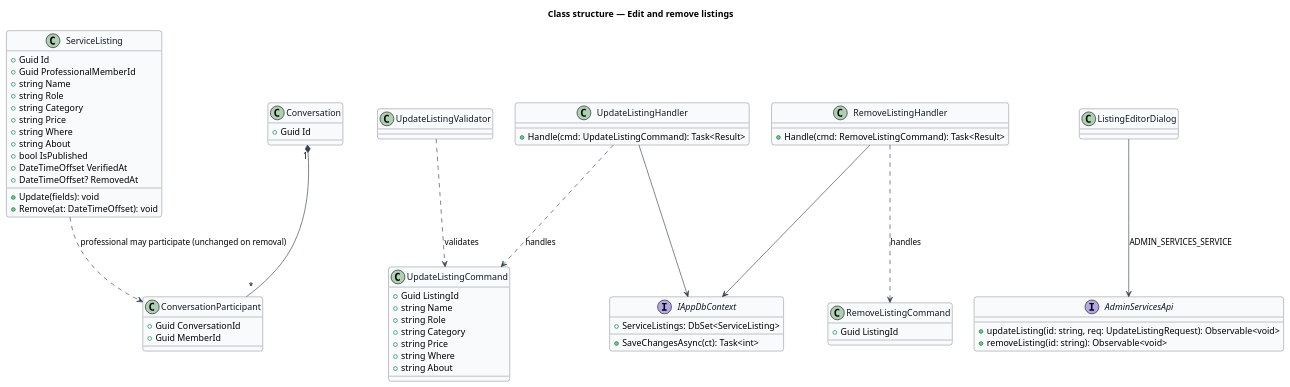
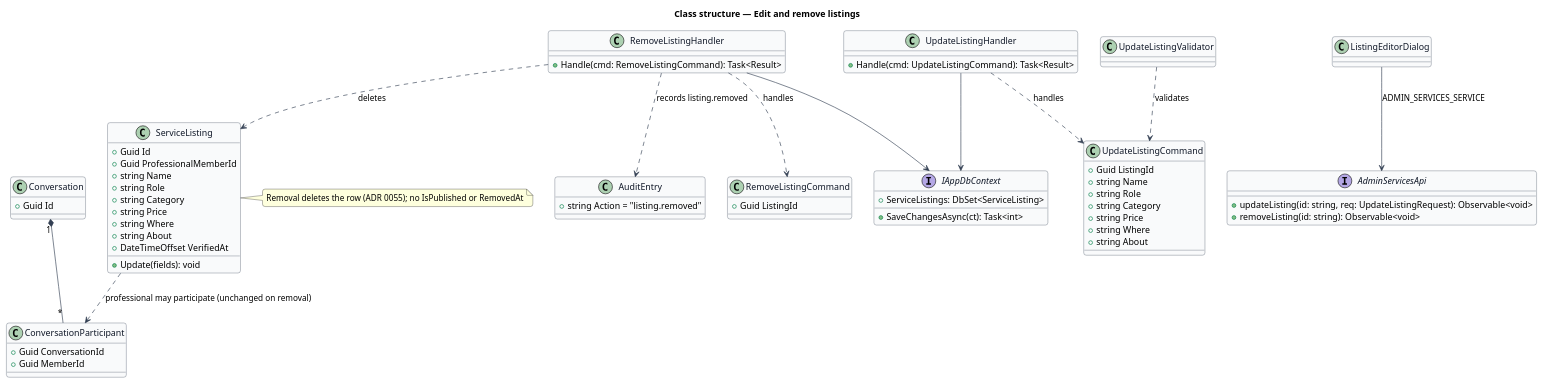
Before and after one commit to QuinntyneBrown/christian-fitness: the diagram in docs/detailed-designs/admin-services/edit-and-remove-listings/diagrams/class-structure.puml, drawn with PlantUML. The commit also changed 17 other files, not shown here.

First line of the commit message:
Follow-ups: re-render stale diagrams and fix offline flake

```diff
--- a/docs/detailed-designs/admin-services/edit-and-remove-listings/diagrams/class-structure.puml
+++ b/docs/detailed-designs/admin-services/edit-and-remove-listings/diagrams/class-structure.puml
@@ -1,72 +1,75 @@
 @startuml
 skinparam backgroundColor #FFFFFF
 skinparam shadowing false
 skinparam roundcorner 8
 skinparam defaultFontName Arial
 skinparam ArrowColor #344054
 skinparam class {
   BorderColor #344054
   FontColor #101828
   BackgroundColor #F9FAFB
 }
 title Class structure — Edit and remove listings
 
 class ServiceListing {
   +Guid Id
   +Guid ProfessionalMemberId
   +string Name
   +string Role
   +string Category
   +string Price
   +string Where
   +string About
-  +bool IsPublished
   +DateTimeOffset VerifiedAt
-  +DateTimeOffset? RemovedAt
   +Update(fields): void
-  +Remove(at: DateTimeOffset): void
+}
+note right of ServiceListing : Removal deletes the row (ADR 0055); no IsPublished or RemovedAt
+class AuditEntry {
+  +string Action = "listing.removed"
 }
 class Conversation {
   +Guid Id
 }
 class ConversationParticipant {
   +Guid ConversationId
   +Guid MemberId
 }
 class UpdateListingCommand {
   +Guid ListingId
   +string Name
   +string Role
   +string Category
   +string Price
   +string Where
   +string About
 }
 class UpdateListingValidator
 class RemoveListingCommand {
   +Guid ListingId
 }
 class UpdateListingHandler {
   +Handle(cmd: UpdateListingCommand): Task<Result>
 }
 class RemoveListingHandler {
   +Handle(cmd: RemoveListingCommand): Task<Result>
 }
 interface IAppDbContext {
   +ServiceListings: DbSet<ServiceListing>
   +SaveChangesAsync(ct): Task<int>
 }
 interface AdminServicesApi {
   +updateListing(id: string, req: UpdateListingRequest): Observable<void>
   +removeListing(id: string): Observable<void>
 }
 class ListingEditorDialog
 Conversation "1" *-- "*" ConversationParticipant
 ServiceListing ..> ConversationParticipant : professional may participate (unchanged on removal)
 UpdateListingValidator ..> UpdateListingCommand : validates
 UpdateListingHandler ..> UpdateListingCommand : handles
 RemoveListingHandler ..> RemoveListingCommand : handles
 UpdateListingHandler --> IAppDbContext
 RemoveListingHandler --> IAppDbContext
+RemoveListingHandler ..> ServiceListing : deletes
+RemoveListingHandler ..> AuditEntry : records listing.removed
 ListingEditorDialog --> AdminServicesApi : ADMIN_SERVICES_SERVICE
 @enduml
```
